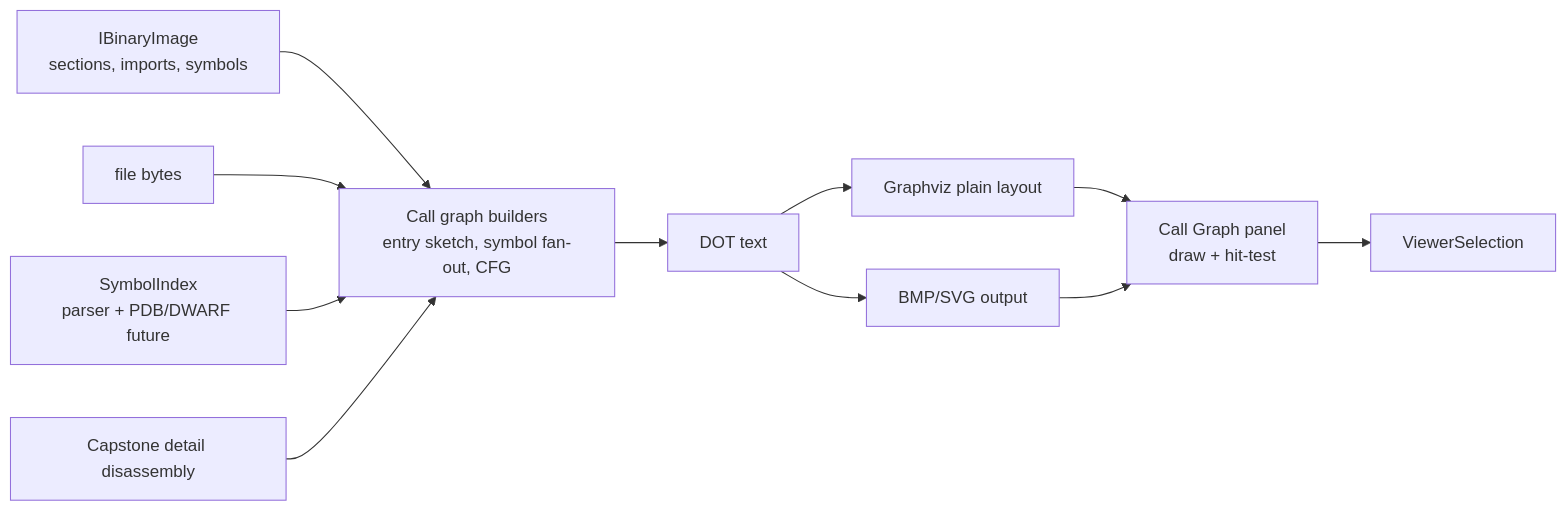
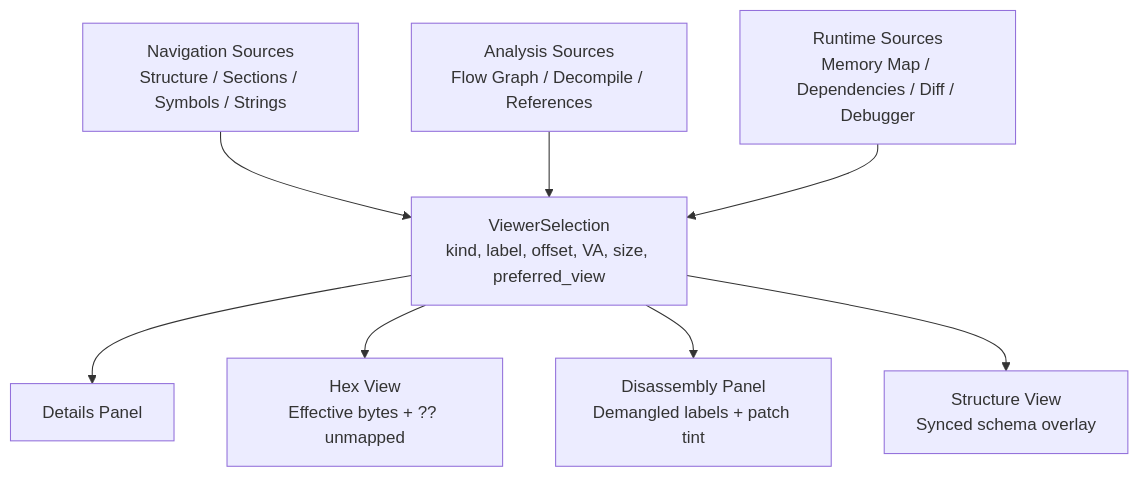
The fourth of 7 diagrams in docs/ARCHITECTURE.md (wsollers/exe_viewer), drawn with Mermaid before and after one commit. The commit also changed other lines of this file and 4 other files, not shown here.

Commit message:
Reconcile architecture/README docs, publish C++23 & next-gen roadmap design, and add user guide

````diff
--- a/docs/ARCHITECTURE.md
+++ b/docs/ARCHITECTURE.md
@@ -144,24 +120,19 @@
 ```mermaid
-flowchart LR
-    image["IBinaryImage<br/>sections, imports, symbols"]
-    bytes["file bytes"]
-    symidx["SymbolIndex<br/>parser + PDB/DWARF future"]
-    capstone["Capstone detail disassembly"]
-    builder["Call graph builders<br/>entry sketch, symbol fan-out, CFG"]
-    dot["DOT text"]
-    plain["Graphviz plain layout"]
-    bmp["BMP/SVG output"]
-    panel["Call Graph panel<br/>draw + hit-test"]
-    selection["ViewerSelection"]
+flowchart TD
+    nav["Navigation Sources<br/>Structure / Sections / Symbols / Strings"]
+    xref["Analysis Sources<br/>Flow Graph / Decompile / References"]
+    live["Runtime Sources<br/>Memory Map / Dependencies / Diff / Debugger"]
+    sel["ViewerSelection<br/>kind, label, offset, VA, size, preferred_view"]
+    details["Details Panel"]
+    hex["Hex View<br/>Effective bytes + ?? unmapped"]
+    disasm["Disassembly Panel<br/>Demangled labels + patch tint"]
+    structv["Structure View<br/>Synced schema overlay"]
 
-    image --> builder
-    bytes --> builder
-    symidx --> builder
-    capstone --> builder
-    builder --> dot
-    dot --> plain
-    dot --> bmp
-    plain --> panel
-    bmp --> panel
-    panel --> selection
+    nav --> sel
+    xref --> sel
+    live --> sel
+    sel --> details
+    sel --> hex
+    sel --> disasm
+    sel --> structv
 ```
````
